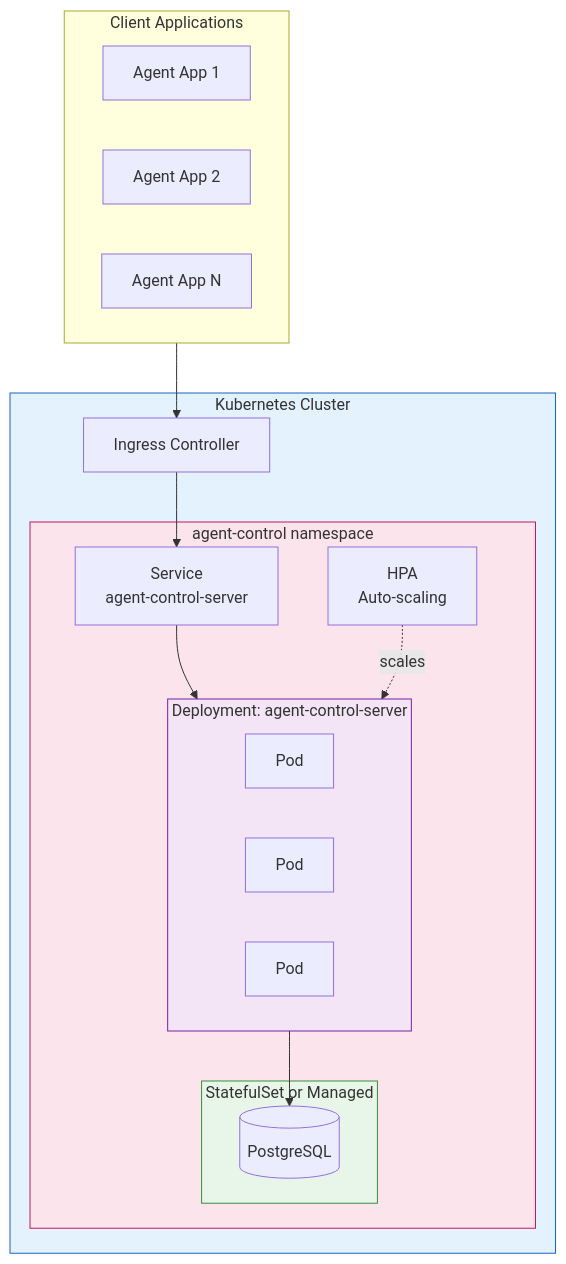
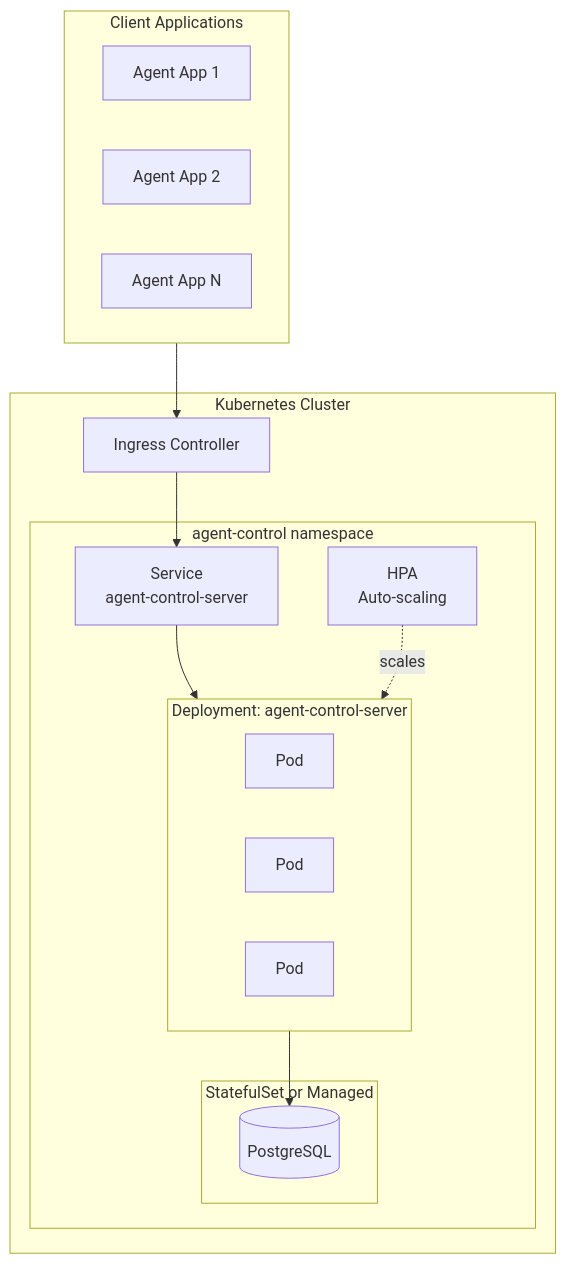
Before and after one commit to agentcontrol/agent-control: the first of 3 diagrams in diagrams/02-deployment-architecture.md, drawn with Mermaid. The commit also changed other lines of this file and 9 other files, not shown here.

````diff
--- a/diagrams/02-deployment-architecture.md
+++ b/diagrams/02-deployment-architecture.md
@@ -7,38 +7,33 @@
 ```mermaid
 flowchart TB
     subgraph k8s["Kubernetes Cluster"]
         subgraph ns["agent-control namespace"]
             subgraph deploy["Deployment: agent-control-server"]
                 pod1["Pod"]
                 pod2["Pod"]
                 pod3["Pod"]
             end
             
             svc["Service<br/>agent-control-server"]
             hpa["HPA<br/>Auto-scaling"]
             
             subgraph db["StatefulSet or Managed"]
                 pg[(PostgreSQL)]
             end
         end
         
         ing["Ingress Controller"]
     end
 
     subgraph apps["Client Applications"]
         app1["Agent App 1"]
         app2["Agent App 2"]
         app3["Agent App N"]
     end
 
     apps --> ing
     ing --> svc
     svc --> deploy
     deploy --> pg
     hpa -.->|scales| deploy
-
-    style k8s fill:#e3f2fd,stroke:#1565c0
-    style ns fill:#fce4ec,stroke:#c2185b
-    style deploy fill:#f3e5f5,stroke:#7b1fa2
-    style db fill:#e8f5e9,stroke:#388e3c
 ```
````
